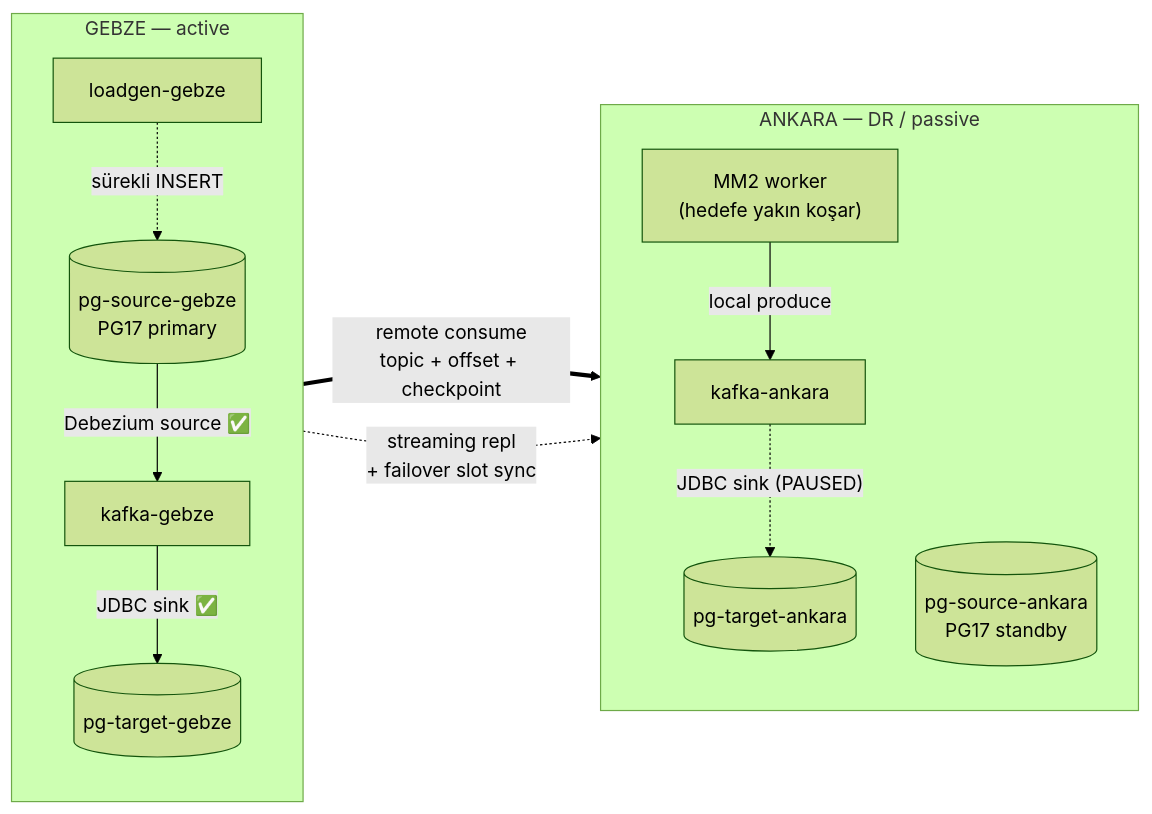
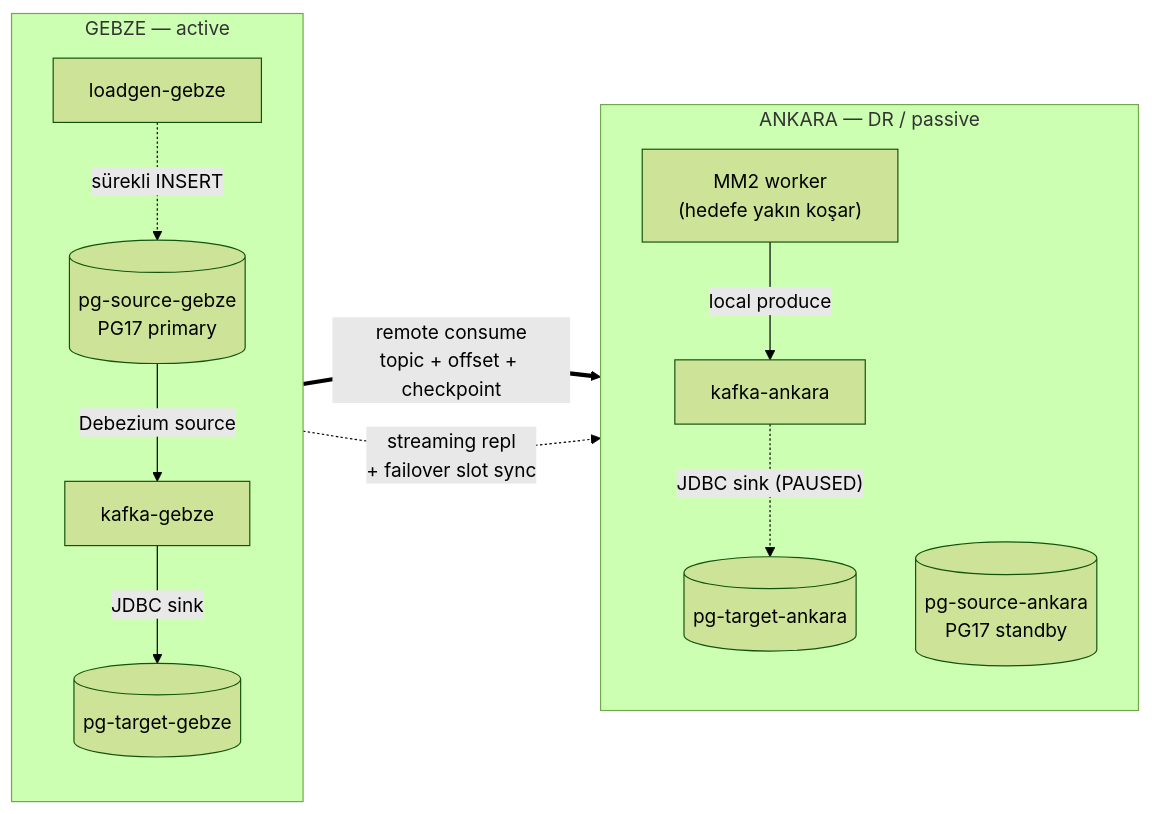
One commit to ugurozgen/cdc-demo changed the first of 2 diagrams in README.md. Above: the diagram before and after it, drawn with Mermaid (forest theme). The commit also changed other lines of this file and 6 other files, not shown here.

````diff
--- a/README.md
+++ b/README.md
@@ -6,17 +6,17 @@
 ```mermaid
 flowchart LR
   subgraph G["GEBZE — active"]
     direction TB
-    PGS[("pg-source-gebze<br/>PG17 primary")] -->|"Debezium source ✅"| KA["kafka-gebze"]
-    KA -->|"JDBC sink ✅"| PGT[("pg-target-gebze")]
+    PGS[("pg-source-gebze<br/>PG17 primary")] -->|"Debezium source"| KA["kafka-gebze"]
+    KA -->|"JDBC sink"| PGT[("pg-target-gebze")]
     LGA["loadgen-gebze"] -.->|"sürekli INSERT"| PGS
   end
   subgraph A["ANKARA — DR / passive"]
     direction TB
     MM2["MM2 worker<br/>(hedefe yakın koşar)"] -->|"local produce"| KB["kafka-ankara"]
     KB -.->|"JDBC sink (PAUSED)"| PGTB[("pg-target-ankara")]
     PGSB[("pg-source-ankara<br/>PG17 standby")]
   end
   KA ==>|"remote consume<br/>topic + offset + checkpoint"| MM2
   PGS -.->|"streaming repl<br/>+ failover slot sync"| PGSB
 ```
````
